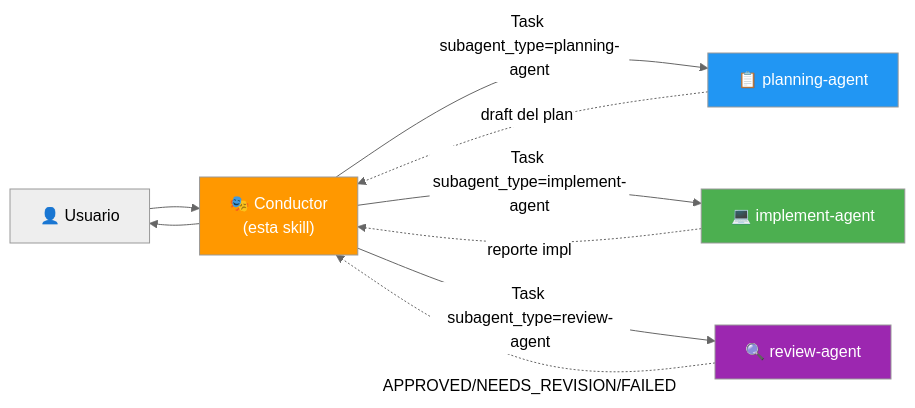
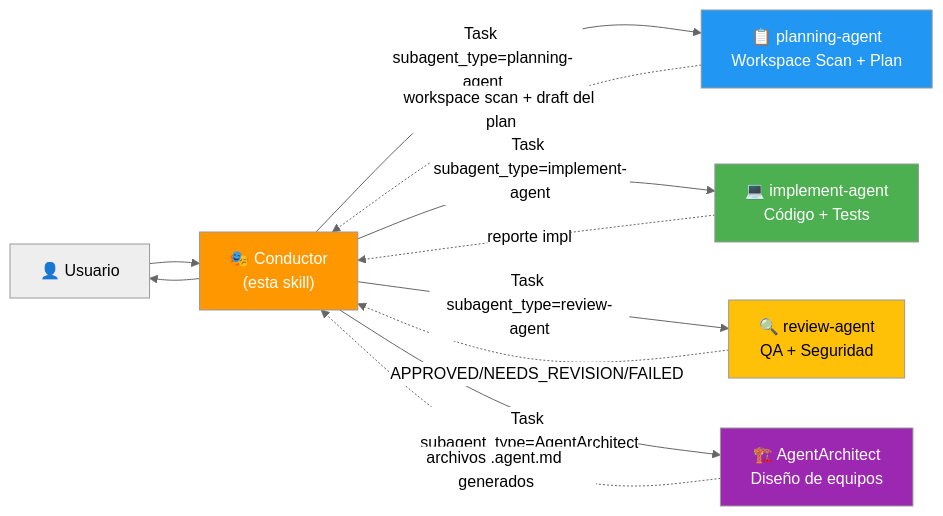
The diagram in skills/subagent-pool/assets/agent-definitions.md (elisaul77/Orquestacion_Agentes_claude), drawn with Mermaid (neutral theme) before and after one commit. The commit also changed other lines of this file and 8 other files, not shown here.

First line of the commit message:
feat: v5.0 — workspace scan, mini-entrevista, AgentArchitect, checklist seguridad

````diff
--- a/skills/subagent-pool/assets/agent-definitions.md
+++ b/skills/subagent-pool/assets/agent-definitions.md
@@ -10,16 +10,19 @@
 ```mermaid
 flowchart LR
     USER["👤 Usuario"] --> COND["🎭 Conductor<br/>(esta skill)"]
-    COND -->|"Task subagent_type=planning-agent"| PA["📋 planning-agent"]
-    COND -->|"Task subagent_type=implement-agent"| IA["💻 implement-agent"]
-    COND -->|"Task subagent_type=review-agent"| RA["🔍 review-agent"]
-    PA -.->|"draft del plan"| COND
+    COND -->|"Task subagent_type=planning-agent"| PA["📋 planning-agent<br/>Workspace Scan + Plan"]
+    COND -->|"Task subagent_type=implement-agent"| IA["💻 implement-agent<br/>Código + Tests"]
+    COND -->|"Task subagent_type=review-agent"| RA["🔍 review-agent<br/>QA + Seguridad"]
+    COND -->|"Task subagent_type=AgentArchitect"| AA["🏗️ AgentArchitect<br/>Diseño de equipos"]
+    PA -.->|"workspace scan + draft del plan"| COND
     IA -.->|"reporte impl"| COND
     RA -.->|"APPROVED/NEEDS_REVISION/FAILED"| COND
+    AA -.->|"archivos .agent.md generados"| COND
     COND --> USER
 
     style COND fill:#ff9800,color:#fff
     style PA fill:#2196f3,color:#fff
     style IA fill:#4caf50,color:#fff
-    style RA fill:#9c27b0,color:#fff
+    style RA fill:#ffc107,color:#000
+    style AA fill:#9c27b0,color:#fff
 ```
````
